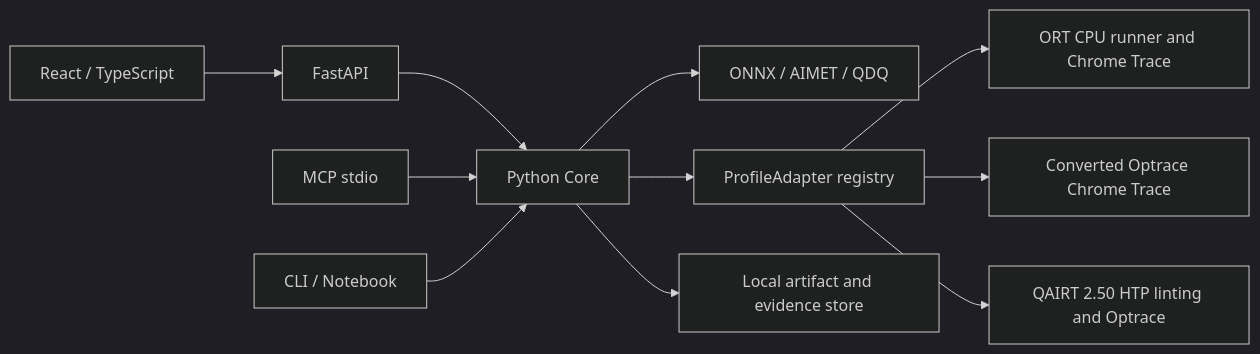
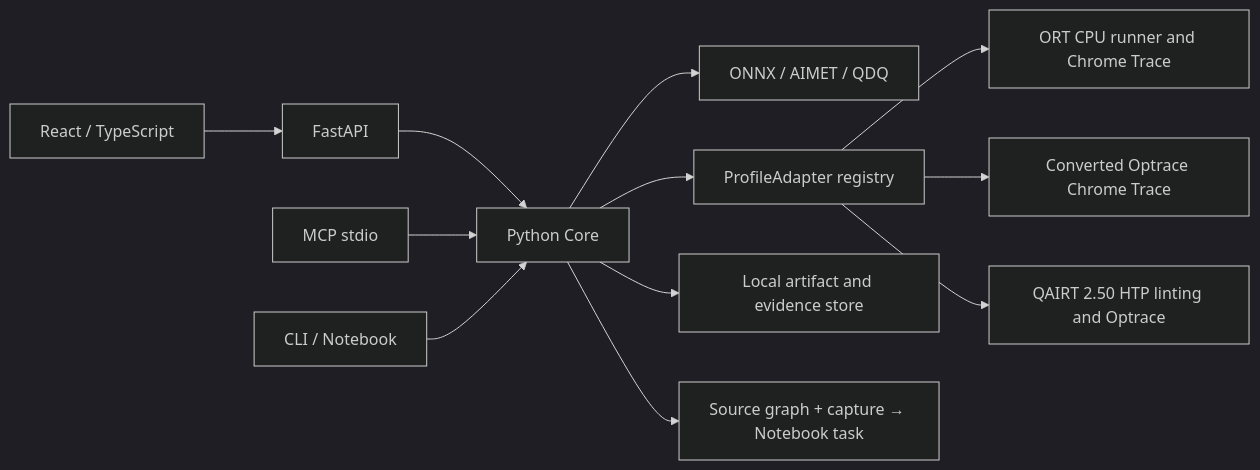
One commit to wangyifan2018/HTP-Insight changed the diagram in docs/architecture.md. Above: the diagram before and after it, drawn with Mermaid (dark theme). The commit also changed other lines of this file and 6 other files, not shown here.

````diff
--- a/docs/architecture.md
+++ b/docs/architecture.md
@@ -3,13 +3,14 @@
 ```mermaid
 flowchart LR
     Web["React / TypeScript"] --> API["FastAPI"]
     API --> Core["Python Core"]
     MCP["MCP stdio"] --> Core
     CLI["CLI / Notebook"] --> Core
     Core --> Graph["ONNX / AIMET / QDQ"]
     Core --> Profile["ProfileAdapter registry"]
     Profile --> ORT["ORT CPU runner and Chrome Trace"]
     Profile --> Optrace["Converted Optrace Chrome Trace"]
     Profile --> QNN["QAIRT 2.50 HTP linting and Optrace"]
     Core --> Store["Local artifact and evidence store"]
+    Core --> Plan["Source graph + capture → Notebook task"]
 ```
````
